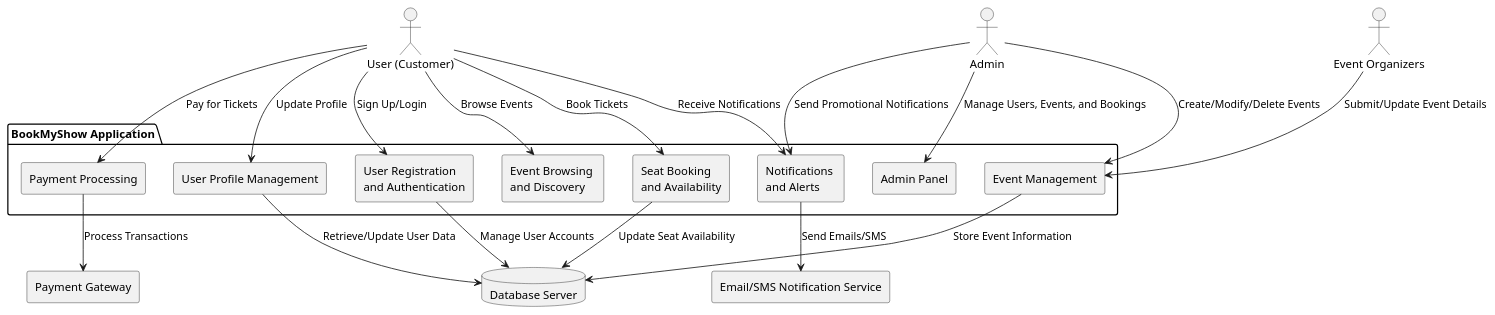
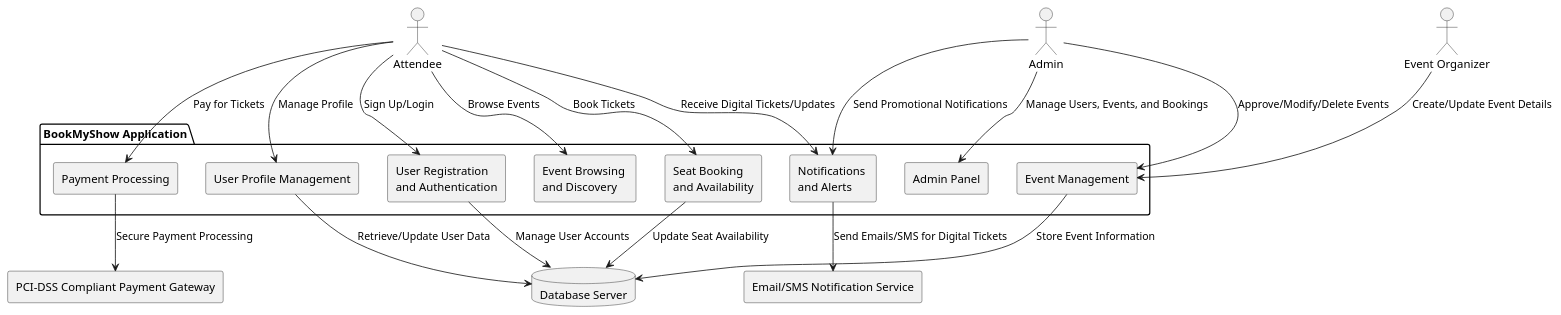
One commit to IIITLucknowSWEngg/CSITTeam012 changed the diagram in Assignment 02/Diagrams/Context.puml. Above: the diagram before and after it, drawn with PlantUML.

```diff
--- a/Assignment 02/Diagrams/Context.puml
+++ b/Assignment 02/Diagrams/Context.puml
@@ -1,50 +1,50 @@
 @startuml
 
 ' External Actors
-actor "User (Customer)" as User
+actor "Attendee" as Attendee
 actor "Admin" as Admin
-actor "Event Organizers" as EventOrganizer
+actor "Event Organizer" as EventOrganizer
 
 ' External Systems
-rectangle "Payment Gateway" as PaymentGateway
+rectangle "PCI-DSS Compliant Payment Gateway" as PaymentGateway
 rectangle "Email/SMS Notification Service" as NotificationService
 database "Database Server" as Database
 
 ' System Boundary: BookMyShow
 package "BookMyShow Application" {
 
     ' Subsystems
     rectangle "User Registration \nand Authentication" as Registration
     rectangle "Event Browsing \nand Discovery" as EventBrowsing
     rectangle "Seat Booking \nand Availability" as SeatBooking
     rectangle "Payment Processing" as PaymentProcessing
     rectangle "Admin Panel" as AdminPanel
     rectangle "Notifications \nand Alerts" as Notifications
     rectangle "Event Management" as EventManagement
     rectangle "User Profile Management" as UserProfile
 }
 
 ' Relationships between actors and system components
-User --> Registration : Sign Up/Login
-User --> EventBrowsing : Browse Events
-User --> SeatBooking : Book Tickets
-User --> PaymentProcessing : Pay for Tickets
-User --> Notifications : Receive Notifications
-User --> UserProfile : Update Profile
+Attendee --> Registration : Sign Up/Login
+Attendee --> EventBrowsing : Browse Events
+Attendee --> SeatBooking : Book Tickets
+Attendee --> PaymentProcessing : Pay for Tickets
+Attendee --> Notifications : Receive Digital Tickets/Updates
+Attendee --> UserProfile : Manage Profile
 
 Admin --> AdminPanel : Manage Users, Events, and Bookings
-Admin --> EventManagement : Create/Modify/Delete Events
+Admin --> EventManagement : Approve/Modify/Delete Events
 Admin --> Notifications : Send Promotional Notifications
 
-EventOrganizer --> EventManagement : Submit/Update Event Details
+EventOrganizer --> EventManagement : Create/Update Event Details
 
 ' External System Interactions
 EventManagement --> Database : Store Event Information
 SeatBooking --> Database : Update Seat Availability
 Registration --> Database : Manage User Accounts
 UserProfile --> Database : Retrieve/Update User Data
 
-PaymentProcessing --> PaymentGateway : Process Transactions
-Notifications --> NotificationService : Send Emails/SMS
+PaymentProcessing --> PaymentGateway : Secure Payment Processing
+Notifications --> NotificationService : Send Emails/SMS for Digital Tickets
 
 @enduml
```
